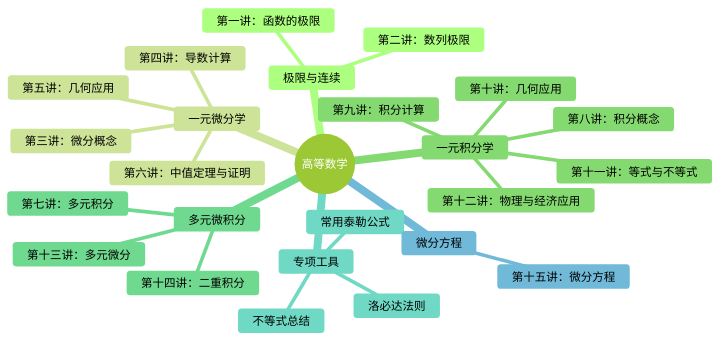
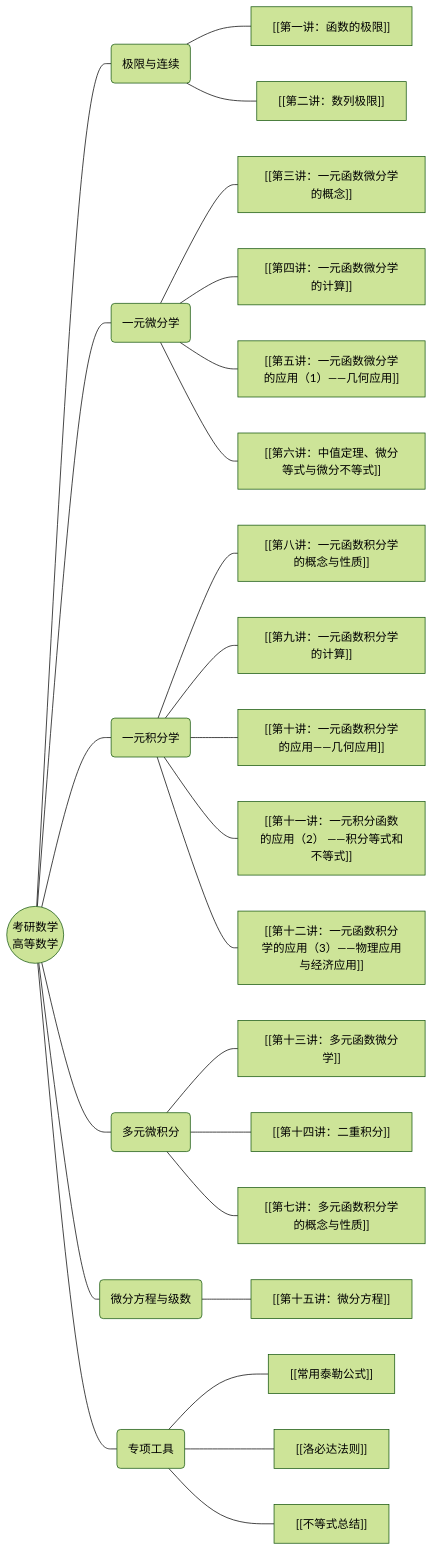
The diagram in 高数/知识脉络图.md (ChenJiandong9/note), drawn with Mermaid (forest theme) before and after one commit. The commit also changed other lines of this file and 5 other files, not shown here.

````diff
--- a/高数/知识脉络图.md
+++ b/高数/知识脉络图.md
@@ -12,28 +12,34 @@
 ```mermaid
-mindmap
-  root((高等数学))
-    极限与连续
-      第一讲：函数的极限
-      第二讲：数列极限
-    一元微分学
-      第三讲：微分概念
-      第四讲：导数计算
-      第五讲：几何应用
-      第六讲：中值定理与证明
-    一元积分学
-      第八讲：积分概念
-      第九讲：积分计算
-      第十讲：几何应用
-      第十一讲：等式与不等式
-      第十二讲：物理与经济应用
-    多元微积分
-      第十三讲：多元微分
-      第十四讲：二重积分
-      第七讲：多元积分
-    专项工具
-      常用泰勒公式
-      洛必达法则
-      不等式总结
-    微分方程
-      第十五讲：微分方程
+graph LR
+  Root((考研数学<br/>高等数学))
+  
+  Root --- A(极限与连续)
+  A --- A1["[[第一讲：函数的极限]]"]
+  A --- A2["[[第二讲：数列极限]]"]
+  
+  Root --- B(一元微分学)
+  B --- B1["[[第三讲：一元函数微分学的概念]]"]
+  B --- B2["[[第四讲：一元函数微分学的计算]]"]
+  B --- B3["[[第五讲：一元函数微分学的应用（1）——几何应用]]"]
+  B --- B4["[[第六讲：中值定理、微分等式与微分不等式]]"]
+  
+  Root --- C(一元积分学)
+  C --- C1["[[第八讲：一元函数积分学的概念与性质]]"]
+  C --- C2["[[第九讲：一元函数积分学的计算]]"]
+  C --- C3["[[第十讲：一元函数积分学的应用——几何应用]]"]
+  C --- C4["[[第十一讲：一元积分函数的应用（2） ——积分等式和不等式]]"]
+  C --- C5["[[第十二讲：一元函数积分学的应用（3）——物理应用与经济应用]]"]
+  
+  Root --- D(多元微积分)
+  D --- D1["[[第十三讲：多元函数微分学]]"]
+  D --- D2["[[第十四讲：二重积分]]"]
+  D --- D3["[[第七讲：多元函数积分学的概念与性质]]"]
+  
+  Root --- E(微分方程与级数)
+  E --- E1["[[第十五讲：微分方程]]"]
+  
+  Root --- F(专项工具)
+  F --- F1["[[常用泰勒公式]]"]
+  F --- F2["[[洛必达法则]]"]
+  F --- F3["[[不等式总结]]"]
 ```
````
